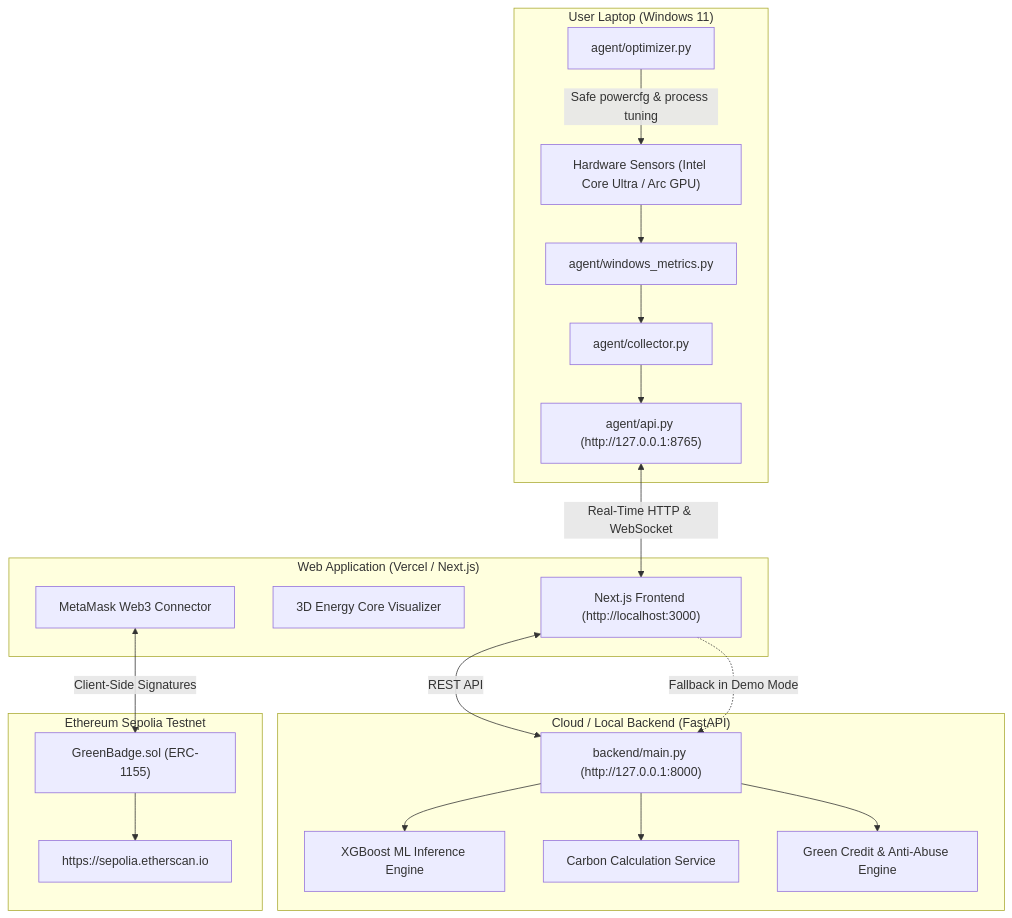
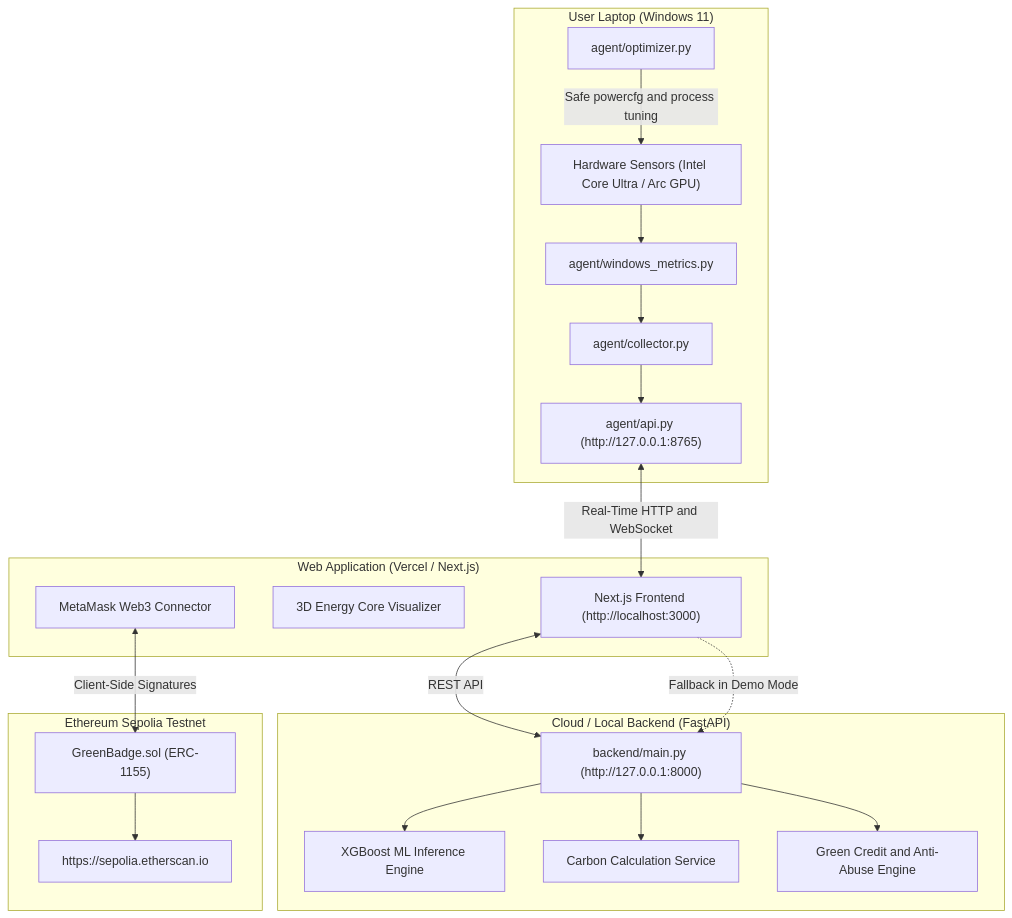
The diagram in docs/architecture.md (Joshan2007/Green-Ledger), drawn with Mermaid before and after one commit. The commit also changed 1 other file, not shown here.

Commit message:
docs: fix mermaid flowchart syntax for GitHub markdown rendering

````diff
--- a/docs/architecture.md
+++ b/docs/architecture.md
@@ -10,36 +10,36 @@
 ```mermaid
 flowchart TD
     subgraph "User Laptop (Windows 11)"
         HW["Hardware Sensors (Intel Core Ultra / Arc GPU)"] --> Metrics["agent/windows_metrics.py"]
         Metrics --> Collector["agent/collector.py"]
         Collector --> LocalAPI["agent/api.py (http://127.0.0.1:8765)"]
-        Optimizer["agent/optimizer.py"] --> |Safe powercfg & process tuning| HW
+        Optimizer["agent/optimizer.py"] --> |"Safe powercfg and process tuning"| HW
     end
 
     subgraph "Web Application (Vercel / Next.js)"
         UI["Next.js Frontend (http://localhost:3000)"]
         Three["3D Energy Core Visualizer"]
         Web3["MetaMask Web3 Connector"]
     end
 
     subgraph "Cloud / Local Backend (FastAPI)"
         Backend["backend/main.py (http://127.0.0.1:8000)"]
         MLService["XGBoost ML Inference Engine"]
         CarbonService["Carbon Calculation Service"]
-        CreditService["Green Credit & Anti-Abuse Engine"]
+        CreditService["Green Credit and Anti-Abuse Engine"]
     end
 
     subgraph "Ethereum Sepolia Testnet"
         Contract["GreenBadge.sol (ERC-1155)"]
         Explorer["https://sepolia.etherscan.io"]
     end
 
-    LocalAPI <--> |Real-Time HTTP & WebSocket| UI
-    UI <--> |REST API| Backend
+    LocalAPI <--> |"Real-Time HTTP and WebSocket"| UI
+    UI <--> |"REST API"| Backend
     Backend --> MLService
     Backend --> CarbonService
     Backend --> CreditService
-    Web3 <--> |Client-Side Signatures| Contract
+    Web3 <--> |"Client-Side Signatures"| Contract
     Contract --> Explorer
-    UI -.-> |Fallback in Demo Mode| Backend
+    UI -.-> |"Fallback in Demo Mode"| Backend
 ```
````
